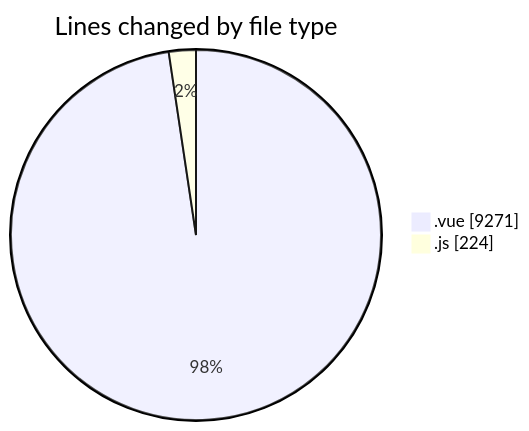
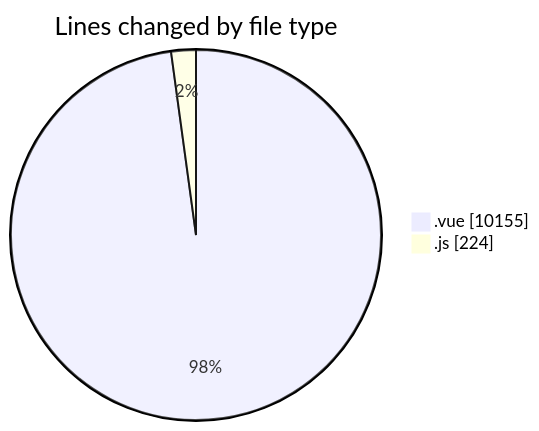
The first of 2 diagrams in 2025-08-14/rentotp/README.md (lephambinh05/code-tracking), drawn with Mermaid before and after one commit. The commit also changed other lines of this file and 1 other file, not shown here.

````diff
--- a/2025-08-14/rentotp/README.md
+++ b/2025-08-14/rentotp/README.md
@@ -25,6 +25,6 @@
 ```mermaid
 pie showData
 title Lines changed by file type
-".vue" : 9271
+".vue" : 10155
 ".js" : 224
 ```
````
